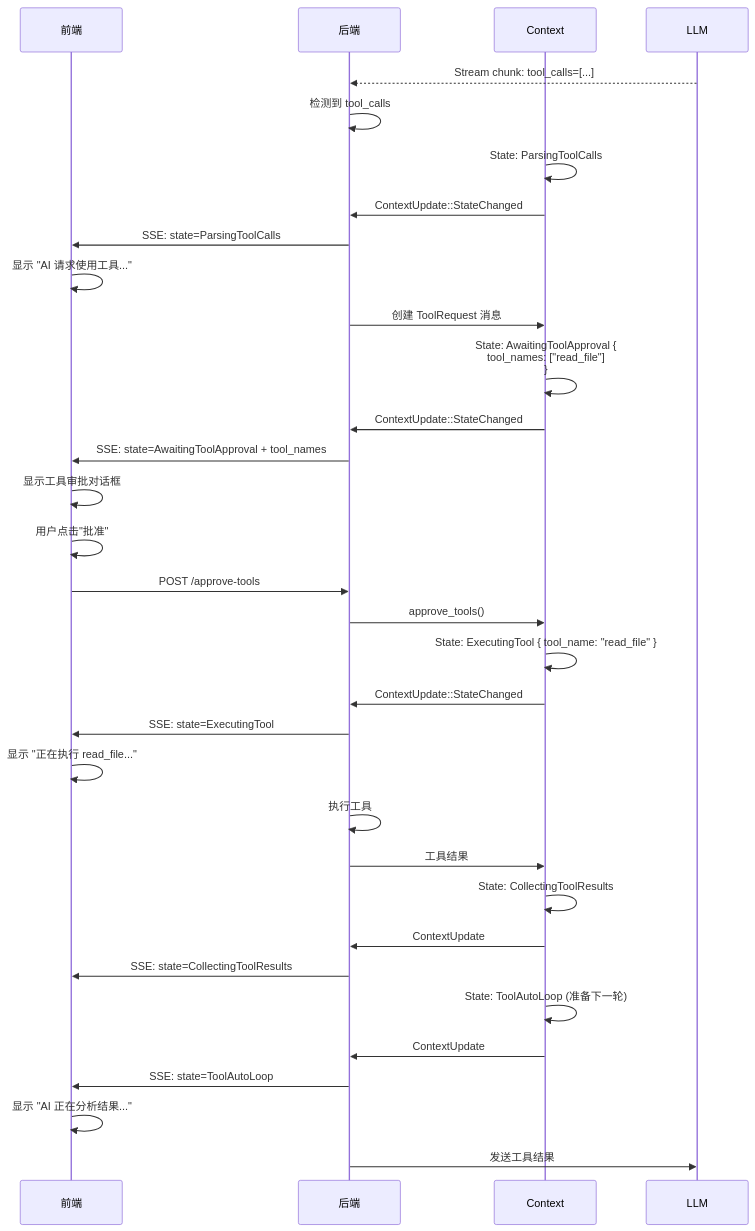
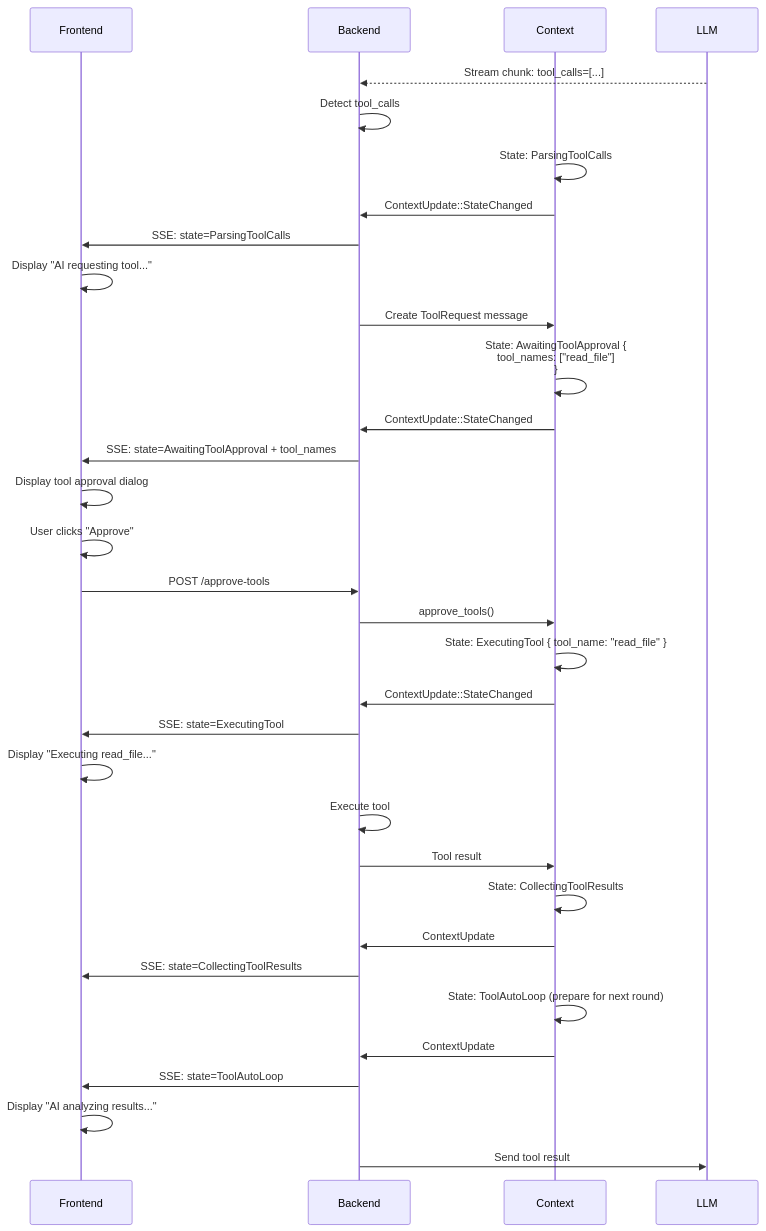
Before and after one commit to bigduu/copilot_client_app: the second of 3 diagrams in docs/reports/refactoring/frontend_backend_state_sync_review_CN.md, drawn with Mermaid. The commit also changed other lines of this file and 49 other files, not shown here.

````diff
--- a/docs/reports/refactoring/frontend_backend_state_sync_review_CN.md
+++ b/docs/reports/refactoring/frontend_backend_state_sync_review_CN.md
@@ -308,42 +308,42 @@
 ```mermaid
 sequenceDiagram
-    participant F as 前端
-    participant B as 后端
+    participant F as Frontend
+    participant B as Backend
     participant C as Context
     participant LLM as LLM
 
     LLM-->>B: Stream chunk: tool_calls=[...]
-    B->>B: 检测到 tool_calls
+    B->>B: Detect tool_calls
     C->>C: State: ParsingToolCalls
     C->>B: ContextUpdate::StateChanged
     B->>F: SSE: state=ParsingToolCalls
-    F->>F: 显示 "AI 请求使用工具..."
-    
-    B->>C: 创建 ToolRequest 消息
+    F->>F: Display "AI requesting tool..."
+
+    B->>C: Create ToolRequest message
     C->>C: State: AwaitingToolApproval {<br/>  tool_names: ["read_file"]<br/>}
     C->>B: ContextUpdate::StateChanged
     B->>F: SSE: state=AwaitingToolApproval + tool_names
-    F->>F: 显示工具审批对话框
-    
-    F->>F: 用户点击"批准"
+    F->>F: Display tool approval dialog
+
+    F->>F: User clicks "Approve"
     F->>B: POST /approve-tools
     B->>C: approve_tools()
     C->>C: State: ExecutingTool { tool_name: "read_file" }
     C->>B: ContextUpdate::StateChanged
     B->>F: SSE: state=ExecutingTool
-    F->>F: 显示 "正在执行 read_file..."
-    
-    B->>B: 执行工具
-    B->>C: 工具结果
+    F->>F: Display "Executing read_file..."
+
+    B->>B: Execute tool
+    B->>C: Tool result
     C->>C: State: CollectingToolResults
     C->>B: ContextUpdate
     B->>F: SSE: state=CollectingToolResults
-    
-    C->>C: State: ToolAutoLoop (准备下一轮)
+
+    C->>C: State: ToolAutoLoop (prepare for next round)
     C->>B: ContextUpdate
     B->>F: SSE: state=ToolAutoLoop
-    F->>F: 显示 "AI 正在分析结果..."
-    
-    B->>LLM: 发送工具结果
-    # ... 继续流式响应
+    F->>F: Display "AI analyzing results..."
+
+    B->>LLM: Send tool result
+    # ... Continue streaming response
 ```
````
